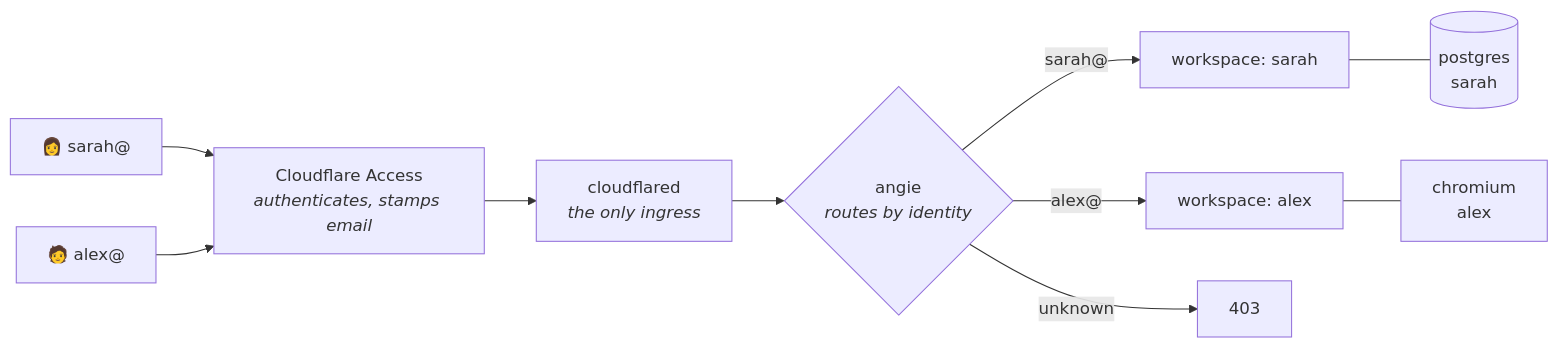
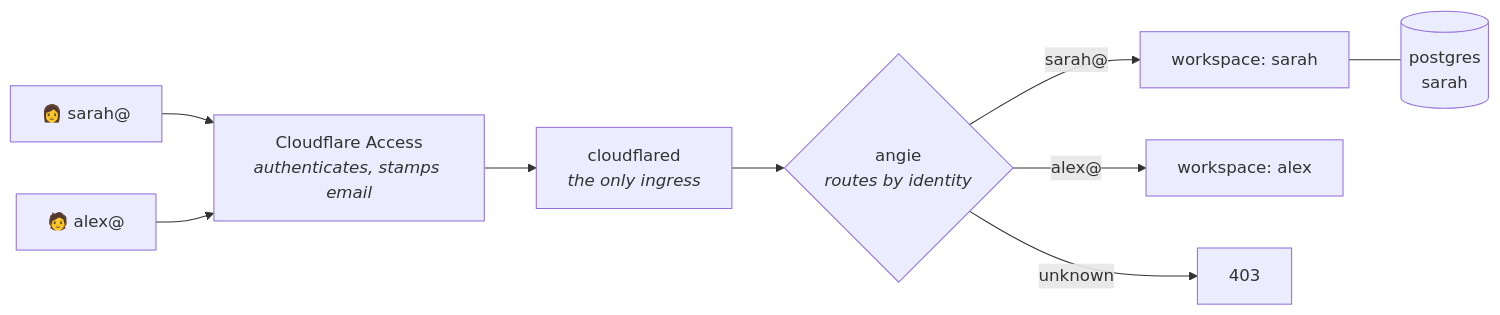
One commit to Dislace/vswarm changed the first of 2 diagrams in README.md. Above: the diagram before and after it, drawn with Mermaid. The commit also changed other lines of this file and 17 other files, not shown here.

````diff
--- a/README.md
+++ b/README.md
@@ -57,12 +56,11 @@
 ```mermaid
 flowchart LR
     S["👩 sarah@"] --> A
     X["🧑 alex@"] --> A
     A["Cloudflare Access<br/><i>authenticates, stamps email</i>"] --> T["cloudflared<br/><i>the only ingress</i>"]
     T --> P{"angie<br/><i>routes by identity</i>"}
     P -->|"sarah@"| WS["workspace: sarah"]
     P -->|"alex@"| WA["workspace: alex"]
     P -->|unknown| F["403"]
     WS --- DS[("postgres<br/>sarah")]
-    WA --- PL["chromium<br/>alex"]
 ```
````
